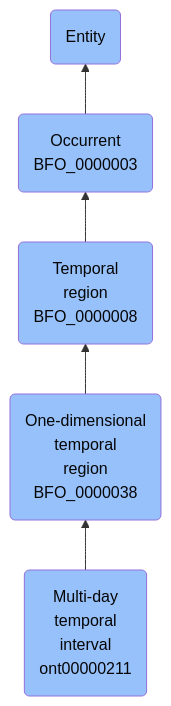
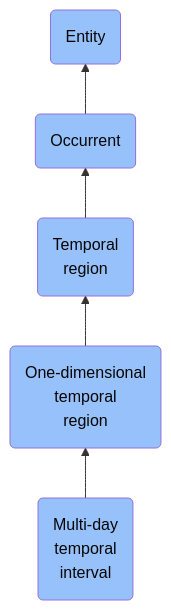
The diagram in docs/ontology/reference/model/Entity/Occurrent/Temporal region/One-dimensional temporal region/Multi-day temporal interval/Multi-day temporal interval.md (jupyter-naas/abi), drawn with Mermaid before and after one commit. The commit also changed other lines of this file and 1430 other files, not shown here.

````diff
--- a/docs/ontology/reference/model/Entity/Occurrent/Temporal region/One-dimensional temporal region/Multi-day temporal interval/Multi-day temporal interval.md
+++ b/docs/ontology/reference/model/Entity/Occurrent/Temporal region/One-dimensional temporal region/Multi-day temporal interval/Multi-day temporal interval.md
@@ -24,12 +24,12 @@
 ```mermaid
 graph BT
-    ont00000211(Multi-day<br>temporal<br>interval<br>ont00000211):::BFO-->BFO_0000038
-    BFO_0000038(One-dimensional<br>temporal<br>region<br>BFO_0000038):::BFO-->BFO_0000008
-    BFO_0000008(Temporal<br>region<br>BFO_0000008):::BFO-->BFO_0000003
-    BFO_0000003(Occurrent<br>BFO_0000003):::BFO-->BFO_0000001
+    ont00000211(Multi-day<br>temporal<br>interval):::BFO-->BFO_0000038
+    BFO_0000038(One-dimensional<br>temporal<br>region):::BFO-->BFO_0000008
+    BFO_0000008(Temporal<br>region):::BFO-->BFO_0000003
+    BFO_0000003(Occurrent):::BFO-->BFO_0000001
     BFO_0000001(Entity):::BFO
     
     classDef BFO fill:#97c1fb,color:#060606
     classDef CCO fill:#e4c51e,color:#060606
     classDef ABI fill:#48DD82,color:#060606
 ```
````
